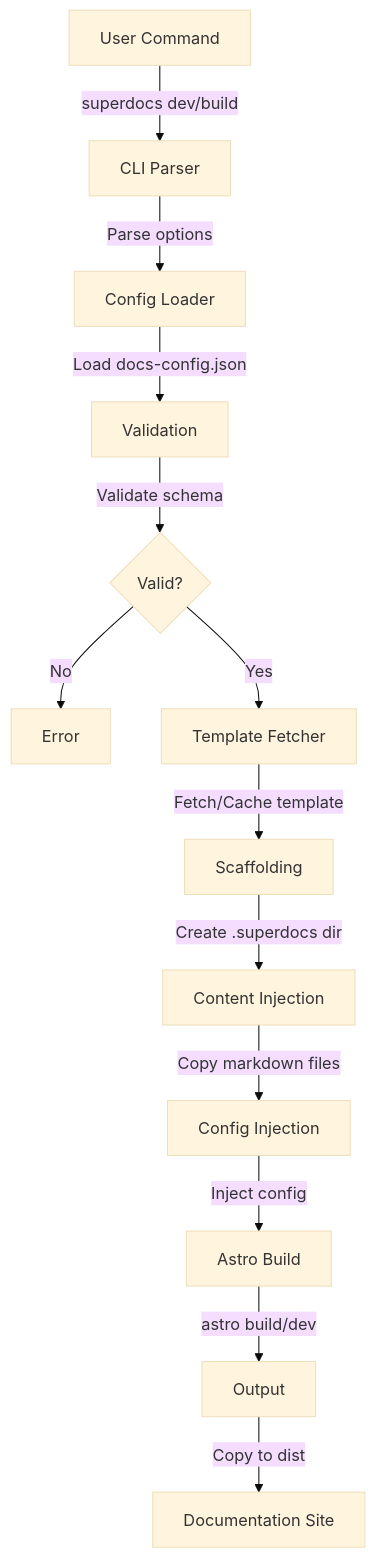
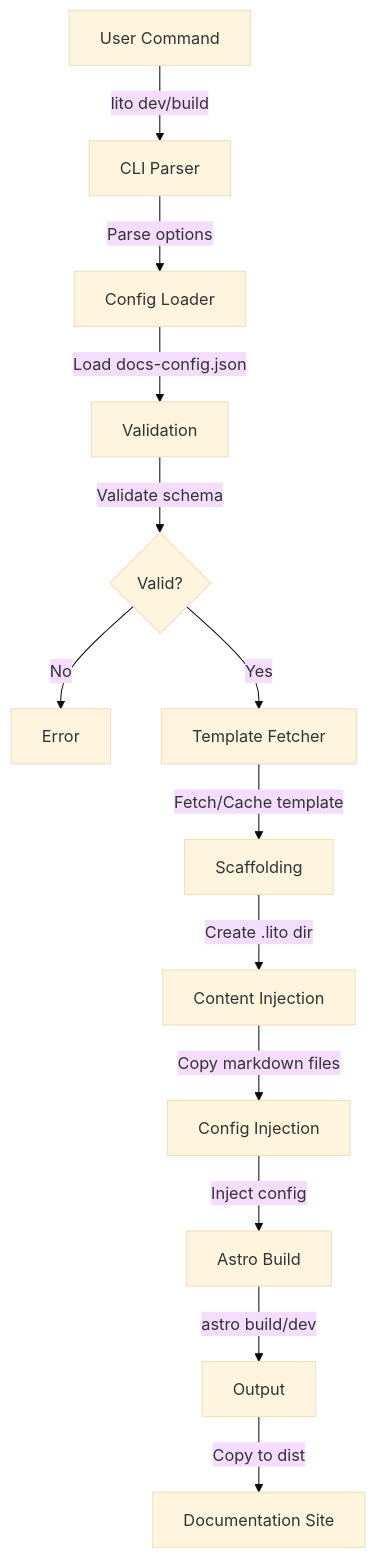
The diagram in concepts/architecture.mdx (Lito-docs/docs), drawn with Mermaid (base theme) before and after one commit. The commit also changed other lines of this file and 2 other files, not shown here.

Commit message:
docs: update documentation to reflect Lito branding and terminology

````diff
--- a/concepts/architecture.mdx
+++ b/concepts/architecture.mdx
@@ -12,15 +12,15 @@
 ```mermaid
 graph TD
-    A[User Command] -->|superdocs dev/build| B[CLI Parser]
+    A[User Command] -->|lito dev/build| B[CLI Parser]
     B -->|Parse options| C[Config Loader]
     C -->|Load docs-config.json| D[Validation]
     D -->|Validate schema| E{Valid?}
     E -->|No| F[Error]
     E -->|Yes| G[Template Fetcher]
     G -->|Fetch/Cache template| H[Scaffolding]
-    H -->|Create .superdocs dir| I[Content Injection]
+    H -->|Create .lito dir| I[Content Injection]
     I -->|Copy markdown files| J[Config Injection]
     J -->|Inject config| K[Astro Build]
     K -->|astro build/dev| L[Output]
     L -->|Copy to dist| M[Documentation Site]
 ```
````
